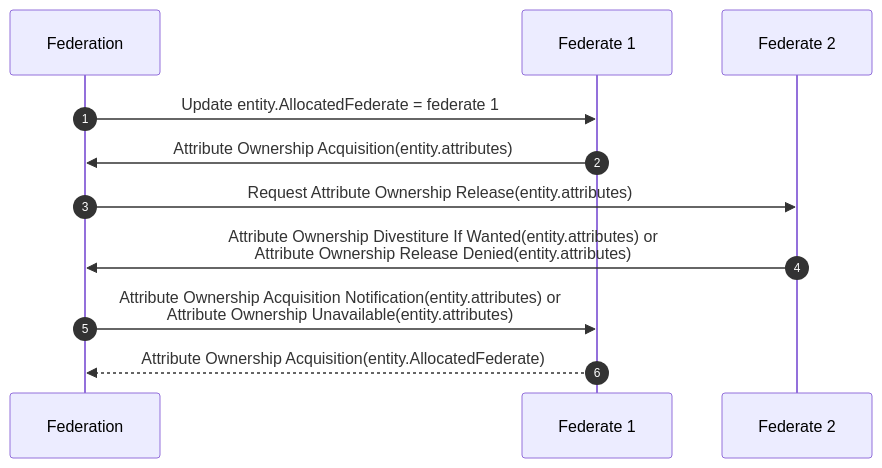
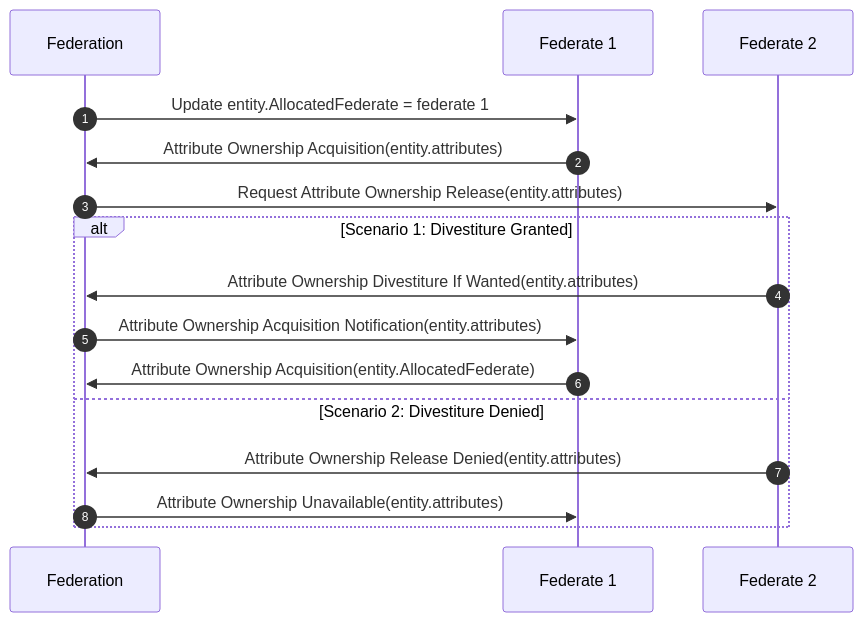
The third of 7 diagrams in modules/NETN-TMR/NETN-TMR.md (AMSP-04/NETN-FOM), drawn with Mermaid before and after one commit. The commit also changed other lines of this file, not shown here.

Commit message:
DOCS: Proofread NETN-TMR.md + clarify alternate scenarios in a sequence diagram

````diff
--- a/modules/NETN-TMR/NETN-TMR.md
+++ b/modules/NETN-TMR/NETN-TMR.md
@@ -63,12 +63,17 @@
 ``` mermaid
  
 sequenceDiagram 
 autonumber
-Federation->>Federate 1:Update entity.AllocatedFederate = federate 1 
-Federate 1->>Federation:Attribute Ownership Acquisition(entity.attributes) 
-Federation->>Federate 2:Request Attribute Ownership Release(entity.attributes) 
-Federate 2->>Federation:Attribute Ownership Divestiture If Wanted(entity.attributes) or <br> Attribute Ownership Release Denied(entity.attributes) 
-Federation->>Federate 1:Attribute Ownership Acquisition Notification(entity.attributes) or <br> Attribute Ownership Unavailable(entity.attributes) 
- 
-Federate 1-->>Federation:Attribute Ownership Acquisition(entity.AllocatedFederate) 
+Federation->>Federate 1: Update entity.AllocatedFederate = federate 1 
+Federate 1->>Federation: Attribute Ownership Acquisition(entity.attributes) 
+Federation->>Federate 2: Request Attribute Ownership Release(entity.attributes) 
+
+alt Scenario 1: Divestiture Granted
+    Federate 2->>Federation: Attribute Ownership Divestiture If Wanted(entity.attributes)
+    Federation->>Federate 1: Attribute Ownership Acquisition Notification(entity.attributes)
+    Federate 1->>Federation: Attribute Ownership Acquisition(entity.AllocatedFederate)
+else Scenario 2: Divestiture Denied
+    Federate 2->>Federation: Attribute Ownership Release Denied(entity.attributes)
+    Federation->>Federate 1: Attribute Ownership Unavailable(entity.attributes)
+end
 ```
````
